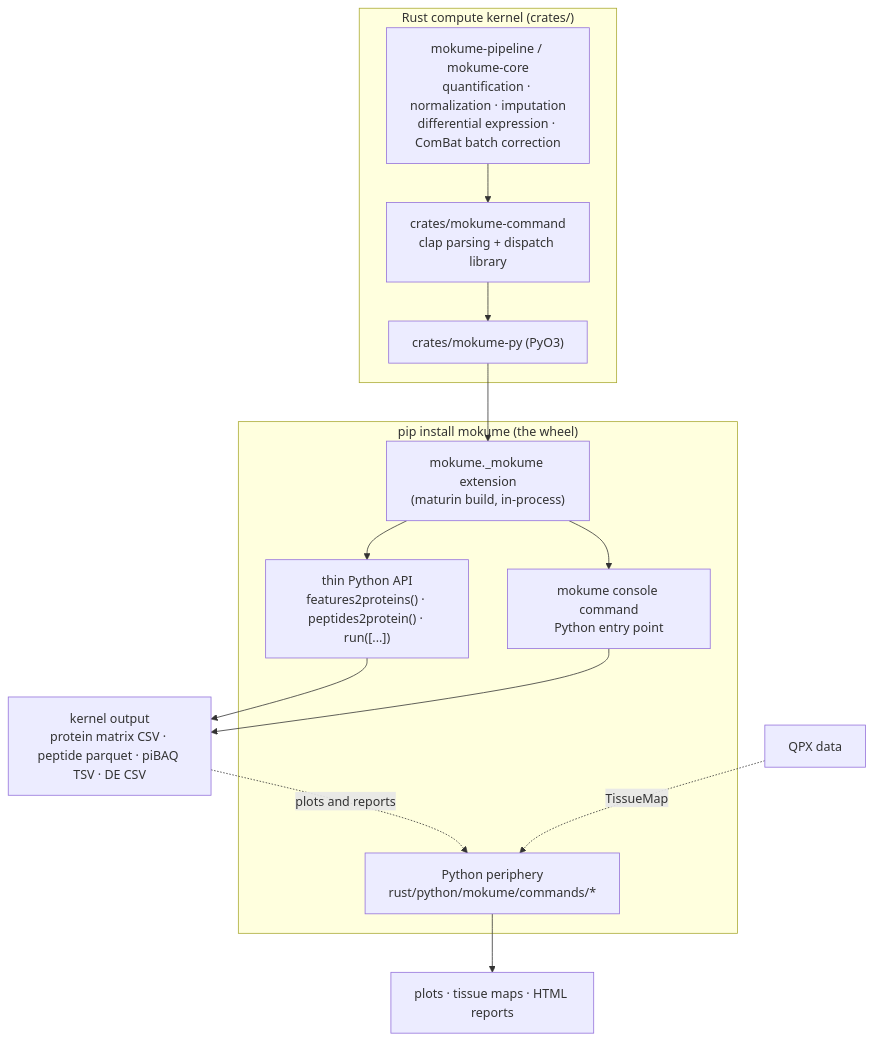
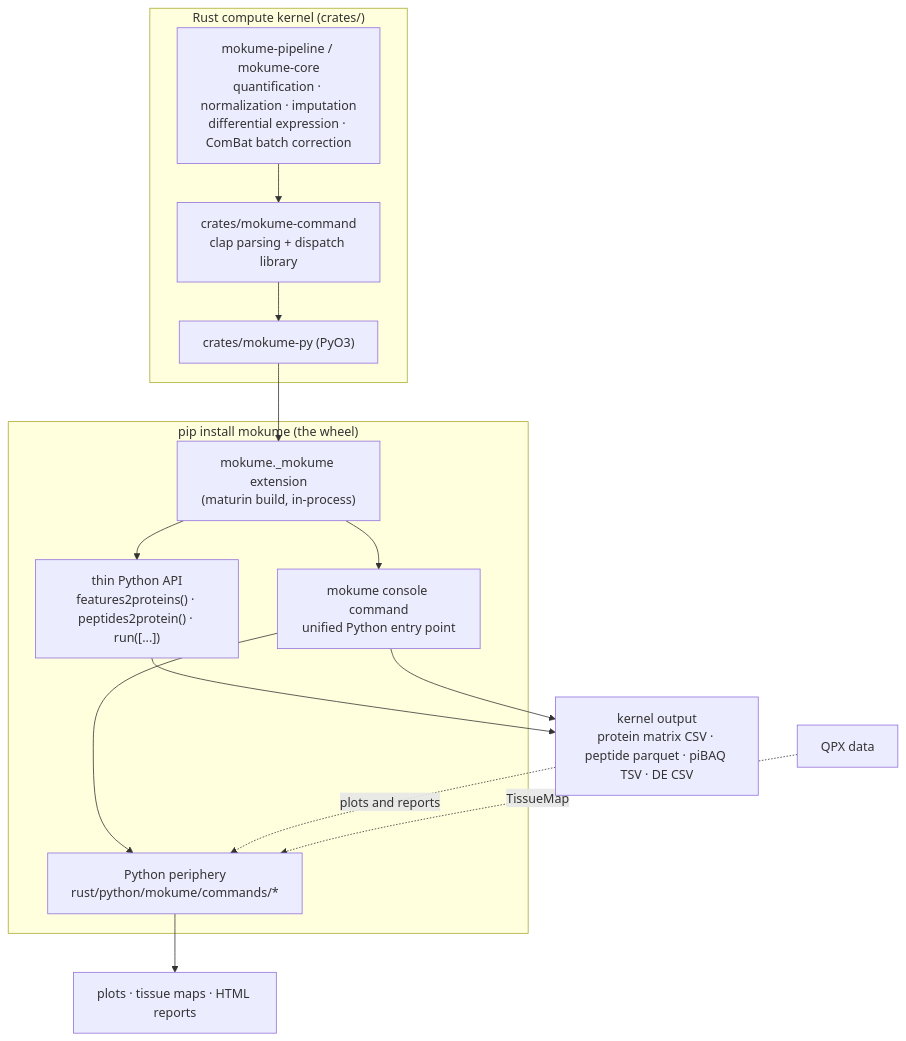
Before and after one commit to Shen-YuFei/mokume: the diagram in docs/architecture.md, drawn with Mermaid. The commit also changed other lines of this file and 21 other files, not shown here.

````diff
--- a/docs/architecture.md
+++ b/docs/architecture.md
@@ -28,30 +28,31 @@
 ```mermaid
 flowchart TB
     subgraph rust["Rust compute kernel (crates/)"]
         crates["mokume-pipeline / mokume-core<br/>quantification · normalization · imputation<br/>differential expression · ComBat batch correction"]
         command_crate["crates/mokume-command<br/>clap parsing + dispatch library"]
         py_crate["crates/mokume-py (PyO3)"]
         crates --> command_crate
         command_crate --> py_crate
     end
 
     ext["mokume._mokume extension<br/>(maturin build, in-process)"]
     py_crate --> ext
 
     subgraph wheel["pip install mokume (the wheel)"]
         ext
         api["thin Python API<br/>features2proteins() · peptides2protein() · run([...])"]
-        console["mokume console command<br/>Python entry point"]
+        console["mokume console command<br/>unified Python entry point"]
         periphery["Python periphery<br/>rust/python/mokume/commands/*"]
         ext --> api
         ext --> console
+        console --> periphery
     end
 
     out["kernel output<br/>protein matrix CSV · peptide parquet · piBAQ TSV · DE CSV"]
     qpx["QPX data"]
     api --> out
     console --> out
     out -. plots and reports .-> periphery
     qpx -. TissueMap .-> periphery
     periphery --> figs["plots · tissue maps · HTML reports"]
 ```
````
